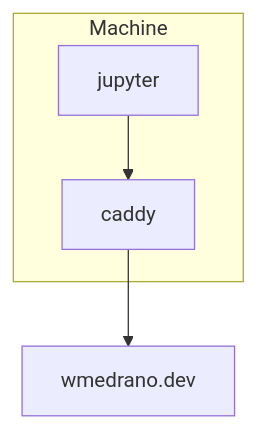
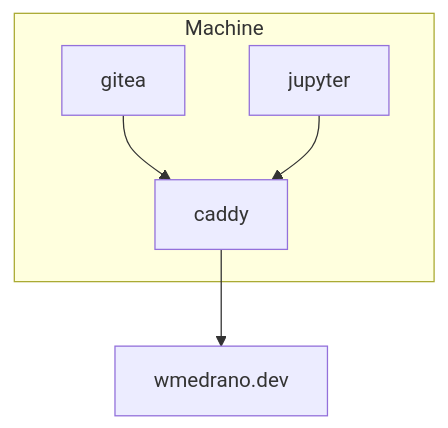
Before and after one commit to wmedrano/wmedrano.dev: the diagram in README.md, drawn with Mermaid. The commit also changed other lines of this file and 3 other files, not shown here.

````diff
--- a/README.md
+++ b/README.md
@@ -5,7 +5,8 @@
 ```mermaid
 flowchart TD
     subgraph Machine
+      gitea --> caddy
       jupyter --> caddy
     end
     caddy --> wmedrano.dev
 ```
````
